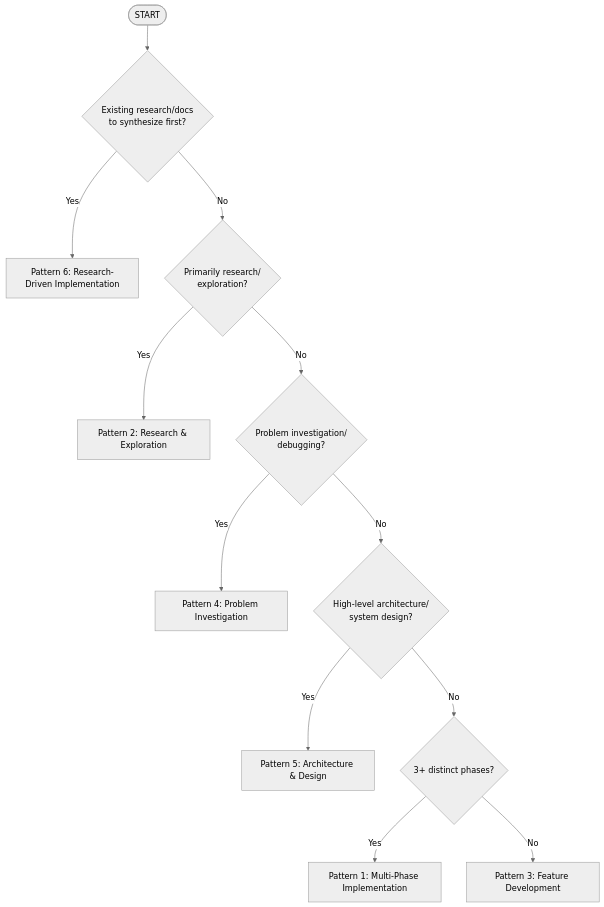
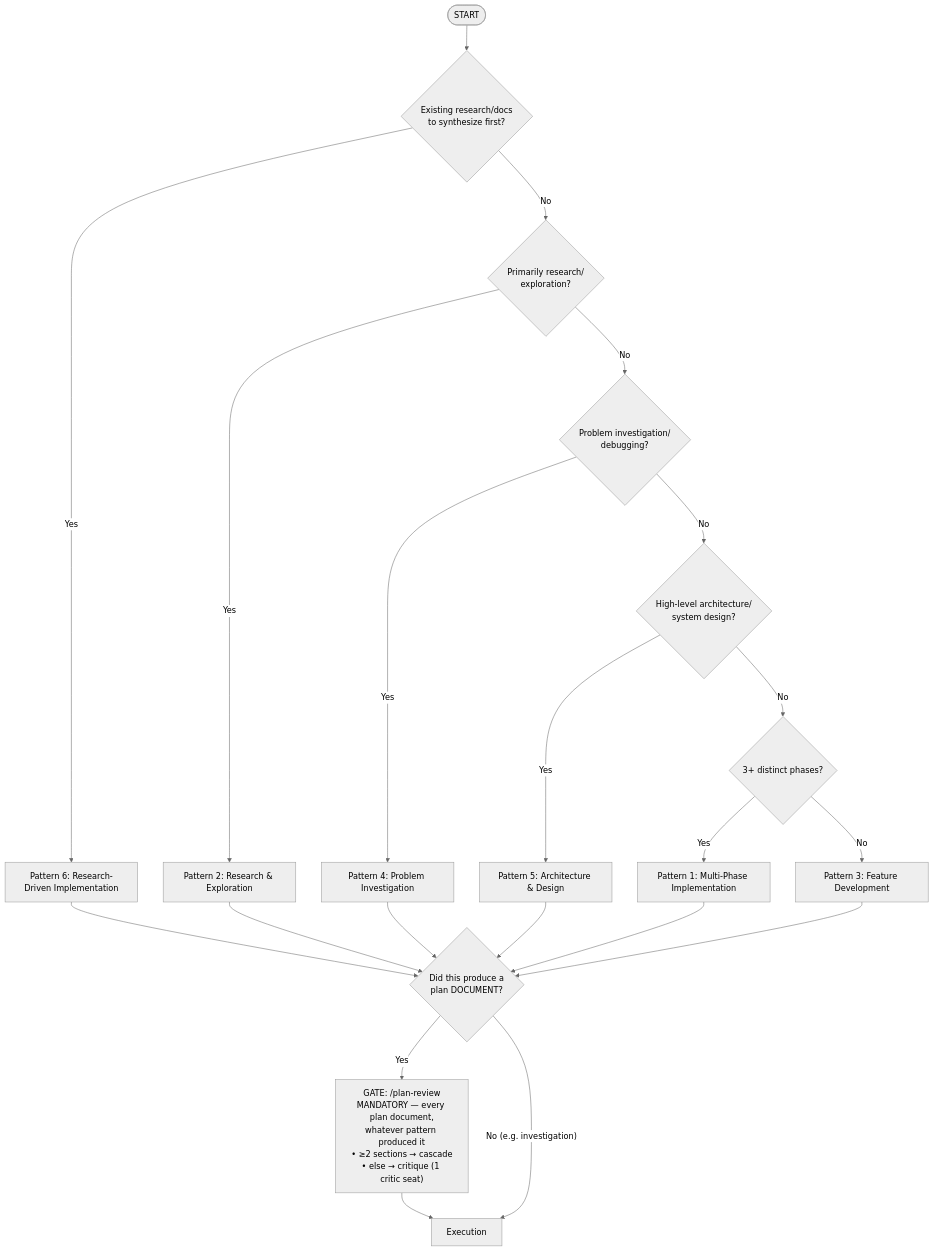
Before and after one commit to deepily/planning-is-prompting: the seventh of 10 diagrams in workflow/p-is-p-01-planning-the-work.md, drawn with Mermaid (neutral theme). The commit also changed other lines of this file and 287 other files, not shown here.

````diff
--- a/workflow/p-is-p-01-planning-the-work.md
+++ b/workflow/p-is-p-01-planning-the-work.md
@@ -863,14 +866,24 @@
 ```mermaid
 flowchart TD
     Start([START]) --> Q1{Existing research/docs<br>to synthesize first?}
     Q1 -->|Yes| P6[Pattern 6: Research-Driven Implementation]
     Q1 -->|No| Q2{Primarily research/<br>exploration?}
     Q2 -->|Yes| P2[Pattern 2: Research & Exploration]
     Q2 -->|No| Q3{Problem investigation/<br>debugging?}
     Q3 -->|Yes| P4[Pattern 4: Problem Investigation]
     Q3 -->|No| Q4{High-level architecture/<br>system design?}
     Q4 -->|Yes| P5[Pattern 5: Architecture & Design]
     Q4 -->|No| Q5{3+ distinct phases?}
     Q5 -->|Yes| P1[Pattern 1: Multi-Phase Implementation]
     Q5 -->|No| P3[Pattern 3: Feature Development]
+    P1 --> Gate
+    P2 --> Gate
+    P3 --> Gate
+    P4 --> Gate
+    P5 --> Gate
+    P6 --> Gate
+    Gate{Did this produce a<br>plan DOCUMENT?}
+    Gate -->|Yes| Review["GATE: /plan-review<br>MANDATORY — every plan document,<br>whatever pattern produced it<br>• ≥2 sections → cascade<br>• else → critique (1 critic seat)"]
+    Gate -->|"No (e.g. investigation)"| Code["Execution"]
+    Review --> Code
 ```
````
